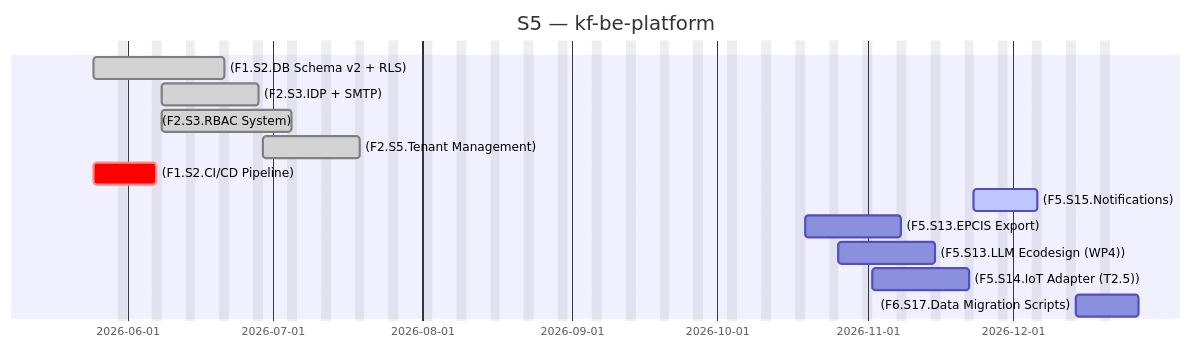
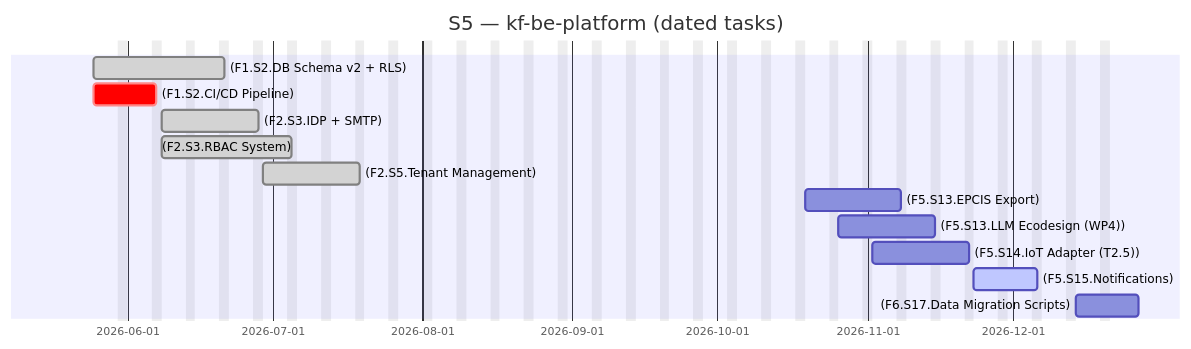
The second of 2 diagrams in docs/_projects/kf-be-platform.md (Katty-Fashion/kf-cpto), drawn with Mermaid before and after one commit. The commit also changed other lines of this file and 12 other files, not shown here.

````diff
--- a/docs/_projects/kf-be-platform.md
+++ b/docs/_projects/kf-be-platform.md
@@ -88,17 +88,17 @@
 ```mermaid
 gantt
-    title S5 — kf-be-platform
+    title S5 — kf-be-platform (dated tasks)
     dateFormat YYYY-MM-DD
     excludes weekends
 
     (F1.S2.DB Schema v2 + RLS) :done, 2026-05-25, 2026-06-21
+    (F1.S2.CI/CD Pipeline) :crit, 2026-05-25, 2026-06-07
     (F2.S3.IDP + SMTP) :done, 2026-06-08, 2026-06-28
     (F2.S3.RBAC System) :done, 2026-06-08, 2026-07-05
     (F2.S5.Tenant Management) :done, 2026-06-29, 2026-07-19
-    (F1.S2.CI/CD Pipeline) :crit, 2026-05-25, 2026-06-07
-    (F5.S15.Notifications) :active, 2026-11-23, 2026-12-06
     (F5.S13.EPCIS Export) :2026-10-19, 2026-11-08
     (F5.S13.LLM Ecodesign (WP4)) :2026-10-26, 2026-11-15
     (F5.S14.IoT Adapter (T2.5)) :2026-11-02, 2026-11-22
+    (F5.S15.Notifications) :active, 2026-11-23, 2026-12-06
     (F6.S17.Data Migration Scripts) :2026-12-14, 2026-12-27
 ```
````
